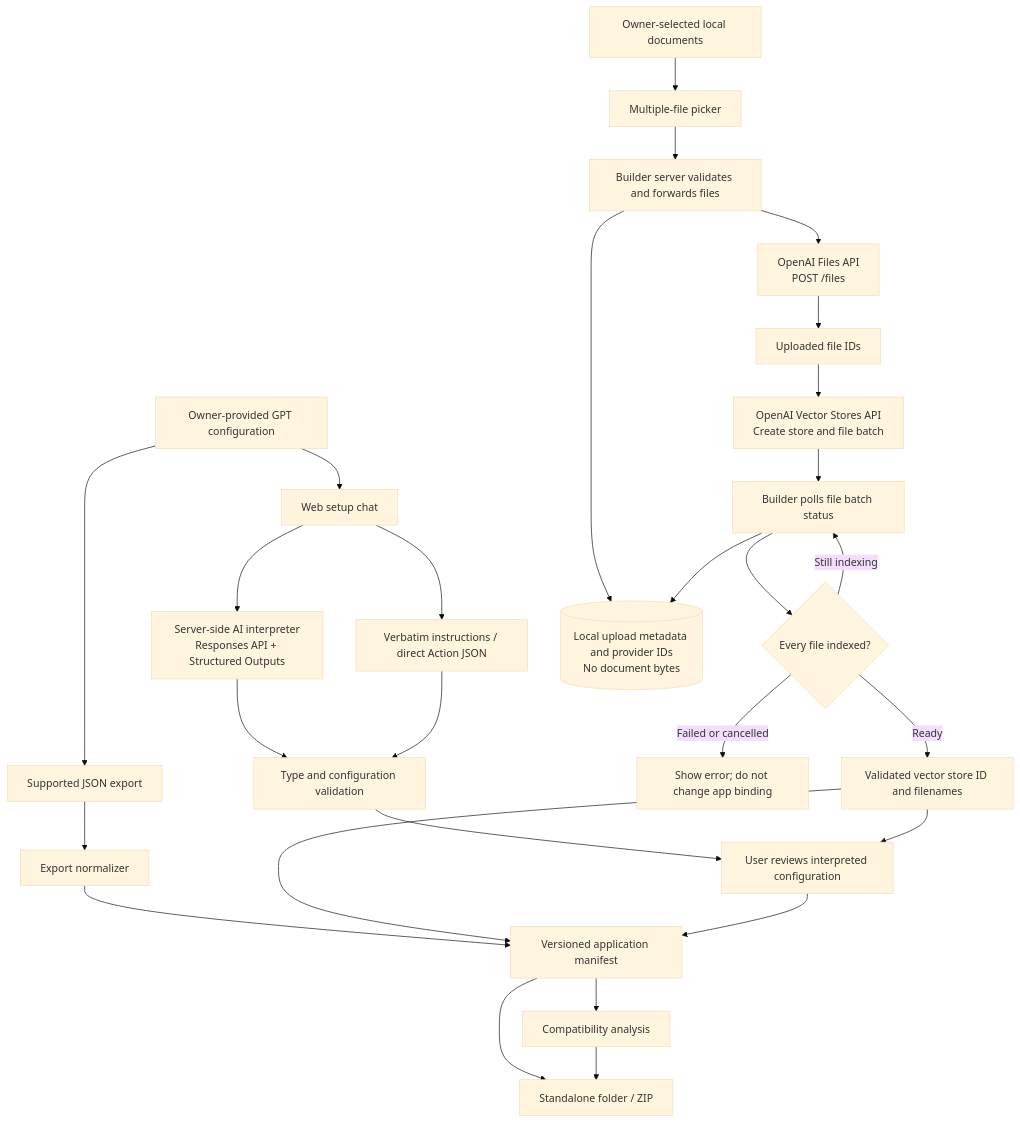
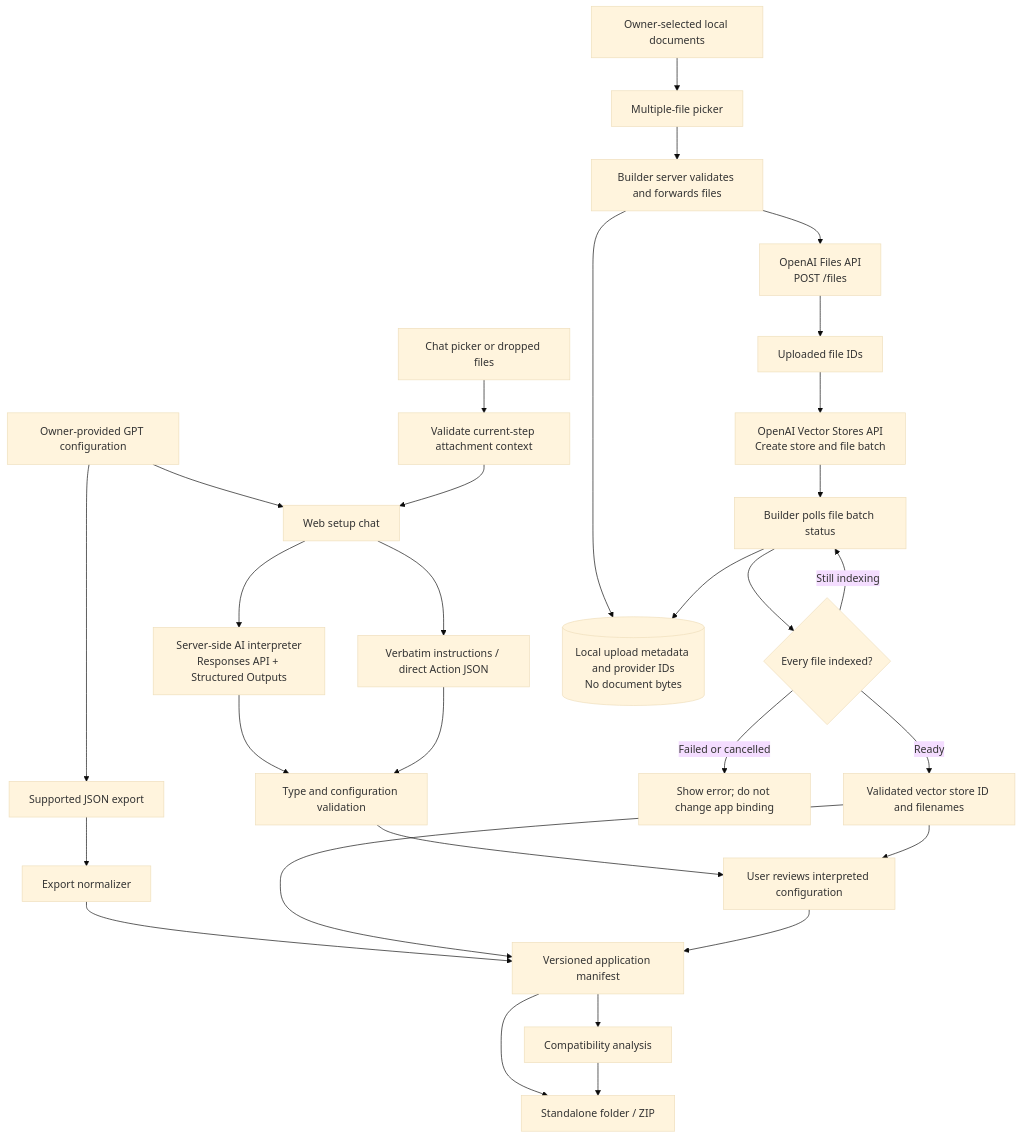
One commit to skarlekar/ai-app-studio changed the first of 2 diagrams in README.md. Above: the diagram before and after it, drawn with Mermaid (base theme). The commit also changed other lines of this file and 23 other files, not shown here.

````diff
--- a/README.md
+++ b/README.md
@@ -411,30 +411,32 @@
 ```mermaid
 flowchart TD
     Owner[Owner-provided GPT configuration] --> Chat[Web setup chat]
     Owner --> Export[Supported JSON export]
+    Context[Chat picker or dropped files] --> ChatFiles[Validate current-step attachment context]
+    ChatFiles --> Chat
     Chat --> Interpreter[Server-side AI interpreter<br/>Responses API + Structured Outputs]
     Interpreter --> Validation[Type and configuration validation]
     Chat --> Verbatim[Verbatim instructions / direct Action JSON]
     Verbatim --> Validation
     Export --> Importer[Export normalizer]
     Importer --> Spec[Versioned application manifest]
     Validation --> Review[User reviews interpreted configuration]
     Documents[Owner-selected local documents] --> Picker[Multiple-file picker]
     Picker --> Uploader[Builder server validates and forwards files]
     Uploader --> FilesAPI[OpenAI Files API<br/>POST /files]
     FilesAPI --> FileIDs[Uploaded file IDs]
     FileIDs --> Indexer[OpenAI Vector Stores API<br/>Create store and file batch]
     Indexer --> Poll[Builder polls file batch status]
     Poll --> Ready{Every file indexed?}
     Ready -->|Still indexing| Poll
     Ready -->|Failed or cancelled| Failure[Show error; do not change app binding]
     Ready -->|Ready| Binding[Validated vector store ID and filenames]
     Binding --> Review
     Binding --> Spec
     Uploader --> Metadata[(Local upload metadata and provider IDs<br/>No document bytes)]
     Poll --> Metadata
     Review --> Spec
     Spec --> Report[Compatibility analysis]
     Spec --> Package[Standalone folder / ZIP]
     Report --> Package
 ```
````
